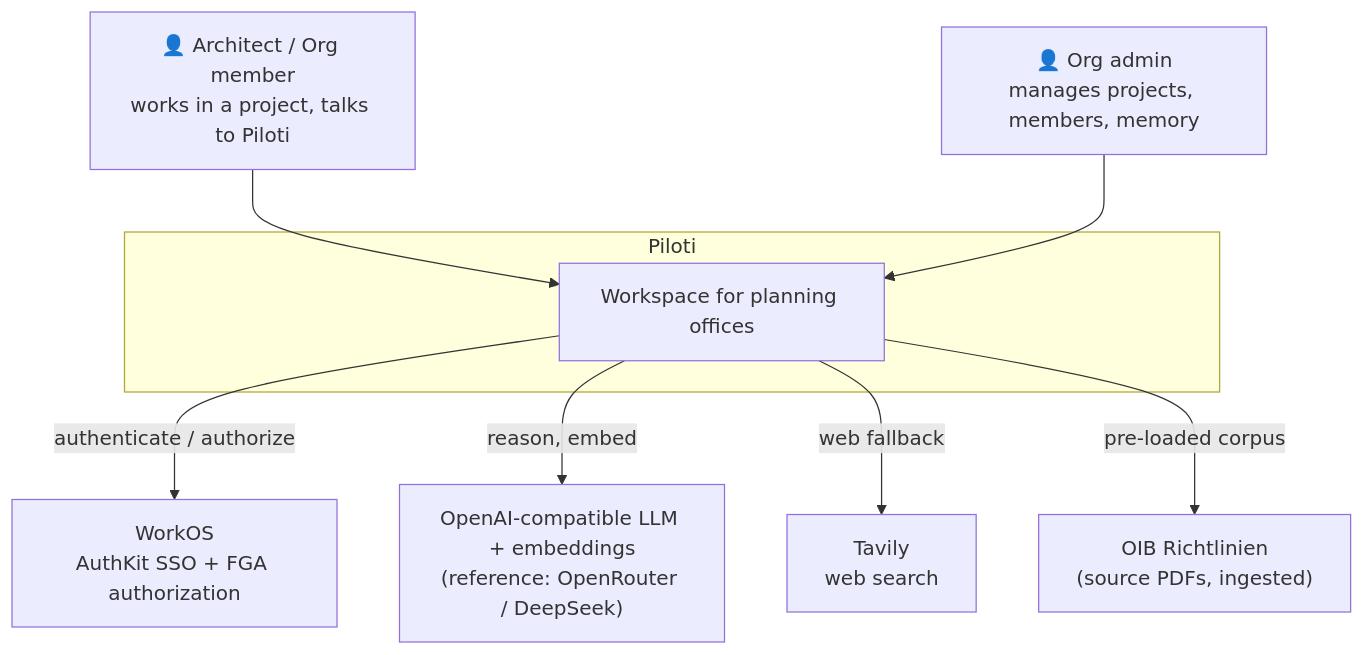
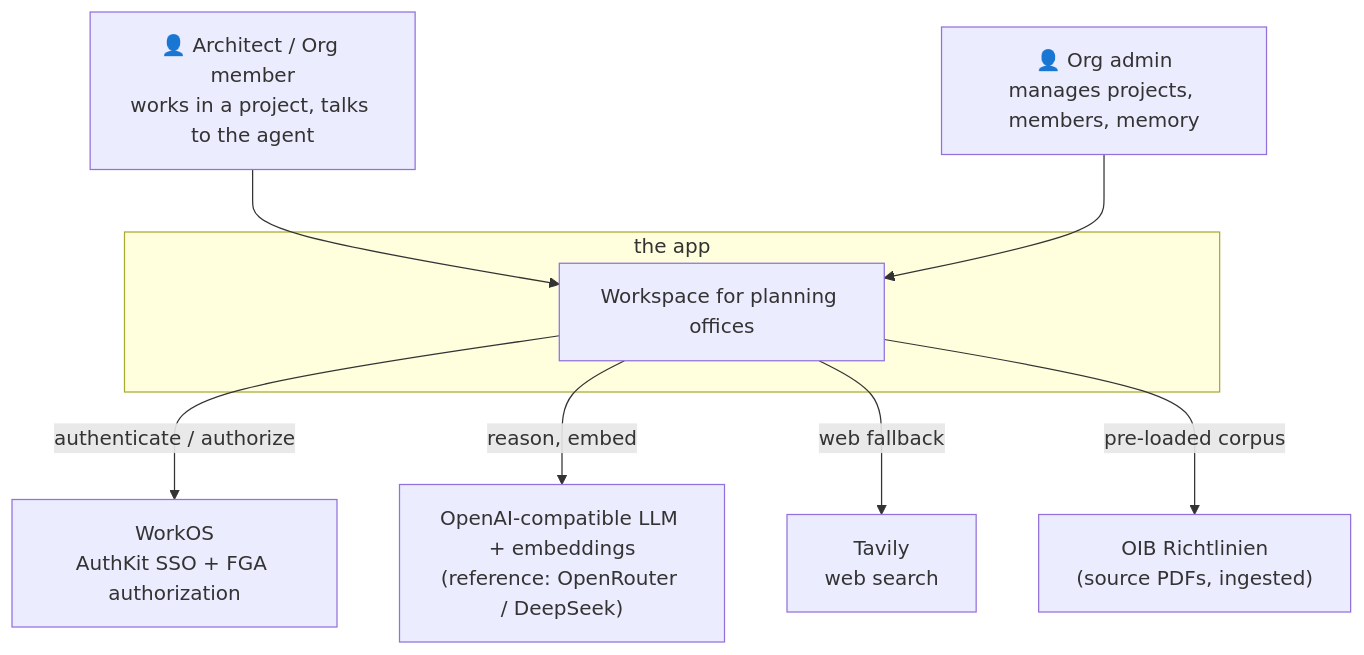
The first of 2 diagrams in docs/architecture/system-overview.md (archos-at/archos), drawn with Mermaid before and after one commit. The commit also changed other lines of this file and 494 other files, not shown here.

````diff
--- a/docs/architecture/system-overview.md
+++ b/docs/architecture/system-overview.md
@@ -51,21 +51,21 @@
 ```mermaid
 flowchart TB
-    Architect["👤 Architect / Org member<br/>works in a project, talks to Piloti"]
+    Architect["👤 Architect / Org member<br/>works in a project, talks to the agent"]
     Admin["👤 Org admin<br/>manages projects, members, memory"]
 
-    subgraph APP["Piloti"]
+    subgraph APP["the app"]
         SYS["Workspace for planning offices"]
     end
 
     WorkOS["WorkOS<br/>AuthKit SSO + FGA authorization"]
     LLM["OpenAI-compatible LLM + embeddings<br/>(reference: OpenRouter / DeepSeek)"]
     Tavily["Tavily<br/>web search"]
     OIB["OIB Richtlinien<br/>(source PDFs, ingested)"]
 
     Architect --> SYS
     Admin --> SYS
     SYS -->|authenticate / authorize| WorkOS
     SYS -->|reason, embed| LLM
     SYS -->|web fallback| Tavily
     SYS -->|pre-loaded corpus| OIB
 ```
````
